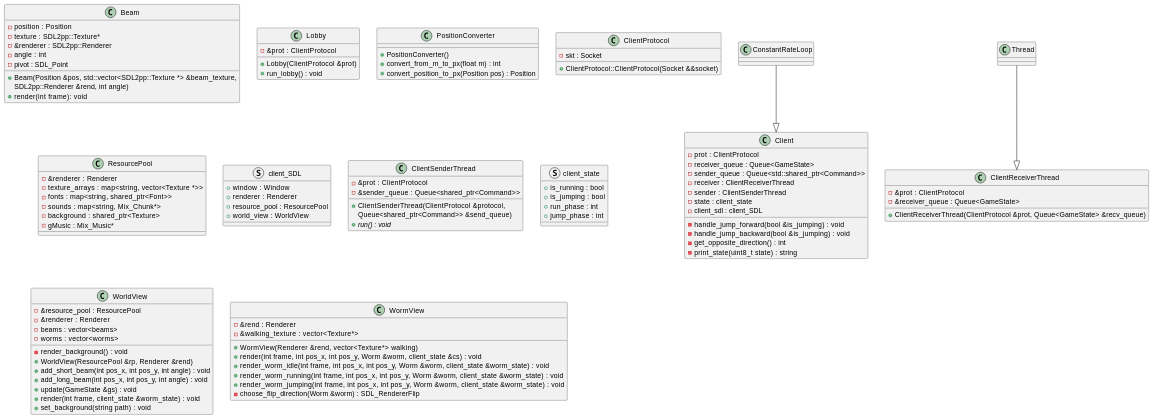
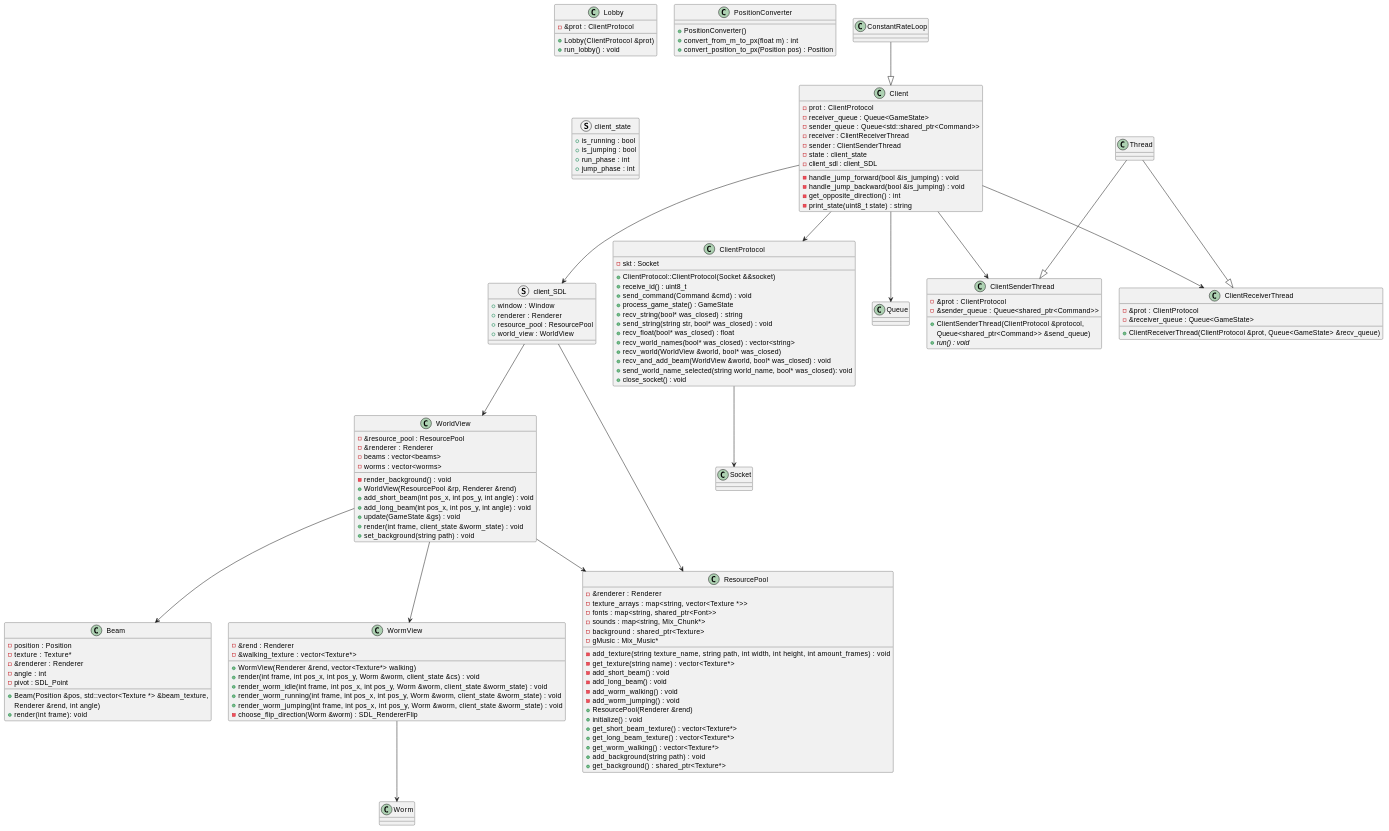
Before and after one commit to ValenGonzalez03/Wormss: the diagram in docs/general_class_diagram.md, drawn with PlantUML. The commit also changed 4 other files, not shown here.

````diff
--- a/docs/general_class_diagram.md
+++ b/docs/general_class_diagram.md
@@ -11,13 +11,13 @@
 @startuml
 class Beam {
   - position : Position
-  - texture : SDL2pp::Texture* 
-  - &renderer : SDL2pp::Renderer
+  - texture : Texture* 
+  - &renderer : Renderer
   - angle : int
   - pivot : SDL_Point
 
-  + Beam(Position &pos, std::vector<SDL2pp::Texture *> &beam_texture,
-       SDL2pp::Renderer &rend, int angle)
+  + Beam(Position &pos, std::vector<Texture *> &beam_texture,
+       Renderer &rend, int angle)
   + render(int frame): void
 }
 
@@ -46,12 +46,22 @@
   + PositionConverter()
   + convert_from_m_to_px(float m) : int
   + convert_position_to_px(Position pos) : Position
-
 }
 
 class ClientProtocol {
   - skt : Socket
   + ClientProtocol::ClientProtocol(Socket &&socket)
+  + receive_id() : uint8_t
+  + send_command(Command &cmd) : void
+  + process_game_state() : GameState
+  + recv_string(bool* was_closed) : string
+  + send_string(string str, bool* was_closed) : void
+  + recv_float(bool* was_closed) : float
+  + recv_world_names(bool* was_closed) : vector<string>
+  + recv_world(WorldView &world, bool* was_closed)
+  + recv_and_add_beam(WorldView &world, bool* was_closed) : void
+  + send_world_name_selected(string world_name, bool* was_closed): void
+  + close_socket() : void
 }
 
 class ClientReceiverThread {
@@ -67,6 +77,19 @@
   - sounds : map<string, Mix_Chunk*> 
   - background : shared_ptr<Texture> 
   - gMusic : Mix_Music*
+  - add_texture(string texture_name, string path, int width, int height, int amount_frames) : void
+  - get_texture(string name) : vector<Texture*>
+  - add_short_beam() : void
+  - add_long_beam() : void
+  - add_worm_walking() : void
+  - add_worm_jumping() : void
+  + ResourcePool(Renderer &rend)
+  + initialize() : void
+  + get_short_beam_texture() : vector<Texture*>
+  + get_long_beam_texture() : vector<Texture*>
+  + get_worm_walking() : vector<Texture*>
+  + add_background(string path) : void
+  + get_background() : shared_ptr<Texture*>
 }
 
 struct client_SDL {
@@ -116,7 +139,32 @@
   - choose_flip_direction(Worm &worm) : SDL_RendererFlip
 }
 
+class Socket {}
+
+class Queue {}
+
+class Worm {}
+
 ConstantRateLoop --|> Client
+
 Thread --|> ClientReceiverThread
+Thread --|> ClientSenderThread
+
+ClientProtocol --> Socket
+client_SDL --> WorldView
+client_SDL --> ResourcePool
+
+WorldView --> ResourcePool
+WorldView --> Beam
+WorldView --> WormView
+
+WormView --> Worm
+
+Client --> ClientReceiverThread
+Client --> ClientSenderThread
+Client --> Queue
+Client --> client_SDL
+Client --> ClientProtocol
+
 @enduml
 ```
````
